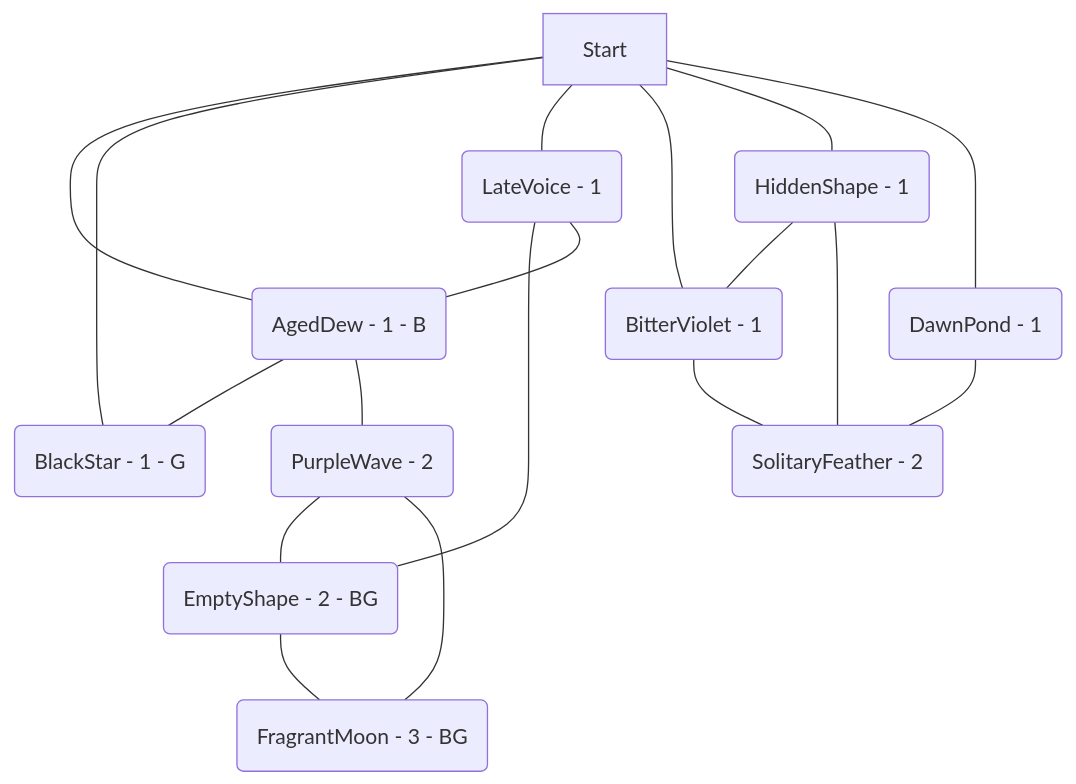
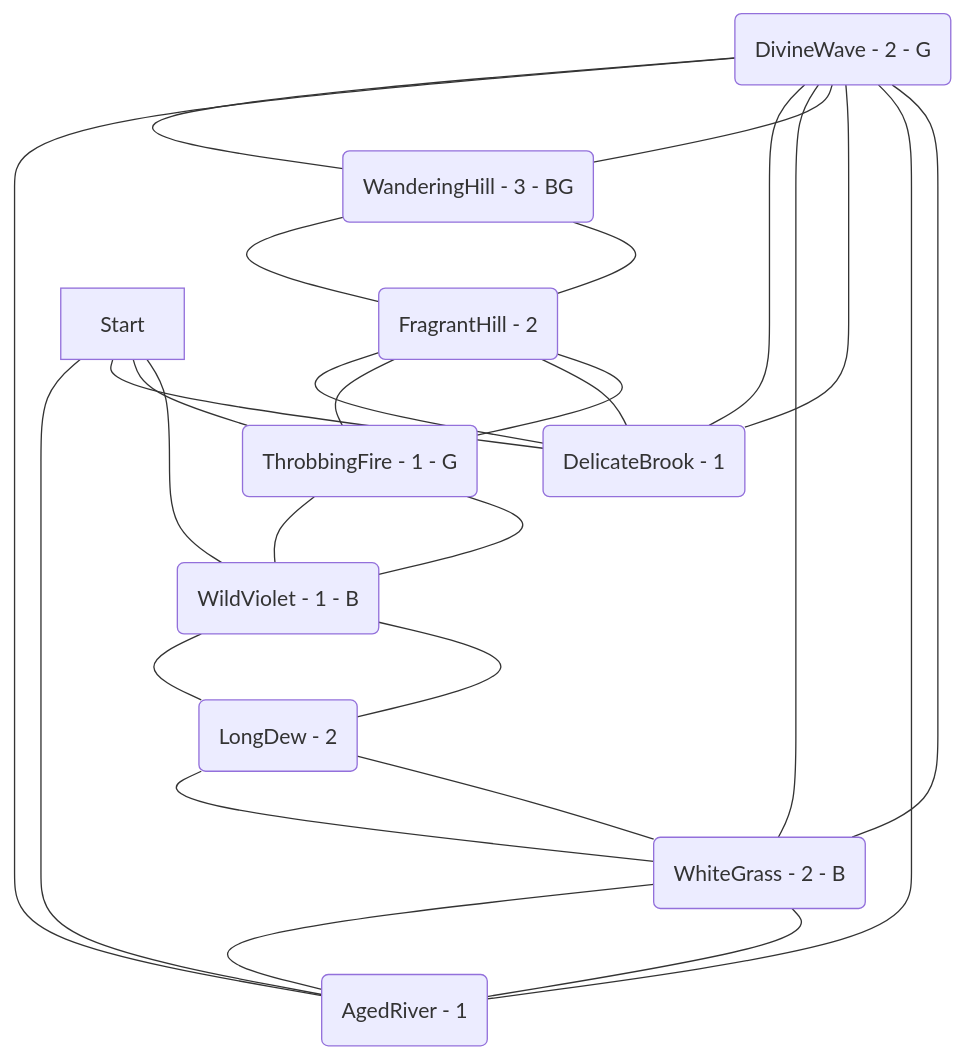
The diagram in examples/004.md (kinostl/Automatic-Liberation-Map), drawn with Mermaid before and after one commit. The commit also changed other lines of this file and 10 other files, not shown here.

````diff
--- a/examples/004.md
+++ b/examples/004.md
@@ -4,20 +4,29 @@
 ```mermaid  
 flowchart TD  
-	XpWSxNTn(PurpleWave - 2) --- eqOIDkpc(EmptyShape - 2 - BG)  
-	Start --- ujsFBCvH(AgedDew - 1 - B)  
-	TdUGkoBR(LateVoice - 1) --- eqOIDkpc(EmptyShape - 2 - BG)  
-	gRaFkHnV(BitterViolet - 1) --- jQyXhmdx(SolitaryFeather - 2)  
-	Start --- EHPsnhTI(BlackStar - 1 - G)  
-	XpWSxNTn(PurpleWave - 2) --- JwGIiNcd(FragrantMoon - 3 - BG)  
-	rSORmNhT(HiddenShape - 1) --- gRaFkHnV(BitterViolet - 1)  
-	Start --- TdUGkoBR(LateVoice - 1)  
-	Start --- gRaFkHnV(BitterViolet - 1)  
-	Start --- rSORmNhT(HiddenShape - 1)  
-	jFPoVGTR(DawnPond - 1) --- jQyXhmdx(SolitaryFeather - 2)  
-	eqOIDkpc(EmptyShape - 2 - BG) --- JwGIiNcd(FragrantMoon - 3 - BG)  
-	Start --- jFPoVGTR(DawnPond - 1)  
-	rSORmNhT(HiddenShape - 1) --- jQyXhmdx(SolitaryFeather - 2)  
-	ujsFBCvH(AgedDew - 1 - B) --- EHPsnhTI(BlackStar - 1 - G)  
-	ujsFBCvH(AgedDew - 1 - B) --- XpWSxNTn(PurpleWave - 2)  
-	TdUGkoBR(LateVoice - 1) --- ujsFBCvH(AgedDew - 1 - B)  
+	jSsVnoQq(DivineWave - 2 - G) --- nfUjQHOm(WanderingHill - 3 - BG)  
+	fReYkOgM(FragrantHill - 2) --- nfUjQHOm(WanderingHill - 3 - BG)  
+	fReYkOgM(FragrantHill - 2) --- hMNZcbOY(DelicateBrook - 1)  
+	WxKrFzJv(LongDew - 2) --- ZPINzRrn(WildViolet - 1 - B)  
+	nfUjQHOm(WanderingHill - 3 - BG) --- jSsVnoQq(DivineWave - 2 - G)  
+	ZPINzRrn(WildViolet - 1 - B) --- hHejZJxc(ThrobbingFire - 1 - G)  
+	hHejZJxc(ThrobbingFire - 1 - G) --- ZPINzRrn(WildViolet - 1 - B)  
+	dfFIYhEA(AgedRiver - 1) --- jSsVnoQq(DivineWave - 2 - G)  
+	Start --- dfFIYhEA(AgedRiver - 1)  
+	qPudmprA(WhiteGrass - 2 - B) --- dfFIYhEA(AgedRiver - 1)  
+	hHejZJxc(ThrobbingFire - 1 - G) --- fReYkOgM(FragrantHill - 2)  
+	hMNZcbOY(DelicateBrook - 1) --- jSsVnoQq(DivineWave - 2 - G)  
+	WxKrFzJv(LongDew - 2) --- qPudmprA(WhiteGrass - 2 - B)  
+	jSsVnoQq(DivineWave - 2 - G) --- dfFIYhEA(AgedRiver - 1)  
+	Start --- hMNZcbOY(DelicateBrook - 1)  
+	Start --- hHejZJxc(ThrobbingFire - 1 - G)  
+	qPudmprA(WhiteGrass - 2 - B) --- WxKrFzJv(LongDew - 2)  
+	ZPINzRrn(WildViolet - 1 - B) --- WxKrFzJv(LongDew - 2)  
+	fReYkOgM(FragrantHill - 2) --- hHejZJxc(ThrobbingFire - 1 - G)  
+	jSsVnoQq(DivineWave - 2 - G) --- hMNZcbOY(DelicateBrook - 1)  
+	qPudmprA(WhiteGrass - 2 - B) --- jSsVnoQq(DivineWave - 2 - G)  
+	dfFIYhEA(AgedRiver - 1) --- qPudmprA(WhiteGrass - 2 - B)  
+	Start --- ZPINzRrn(WildViolet - 1 - B)  
+	jSsVnoQq(DivineWave - 2 - G) --- qPudmprA(WhiteGrass - 2 - B)  
+	nfUjQHOm(WanderingHill - 3 - BG) --- fReYkOgM(FragrantHill - 2)  
+	hMNZcbOY(DelicateBrook - 1) --- fReYkOgM(FragrantHill - 2)  
 ```  
````
